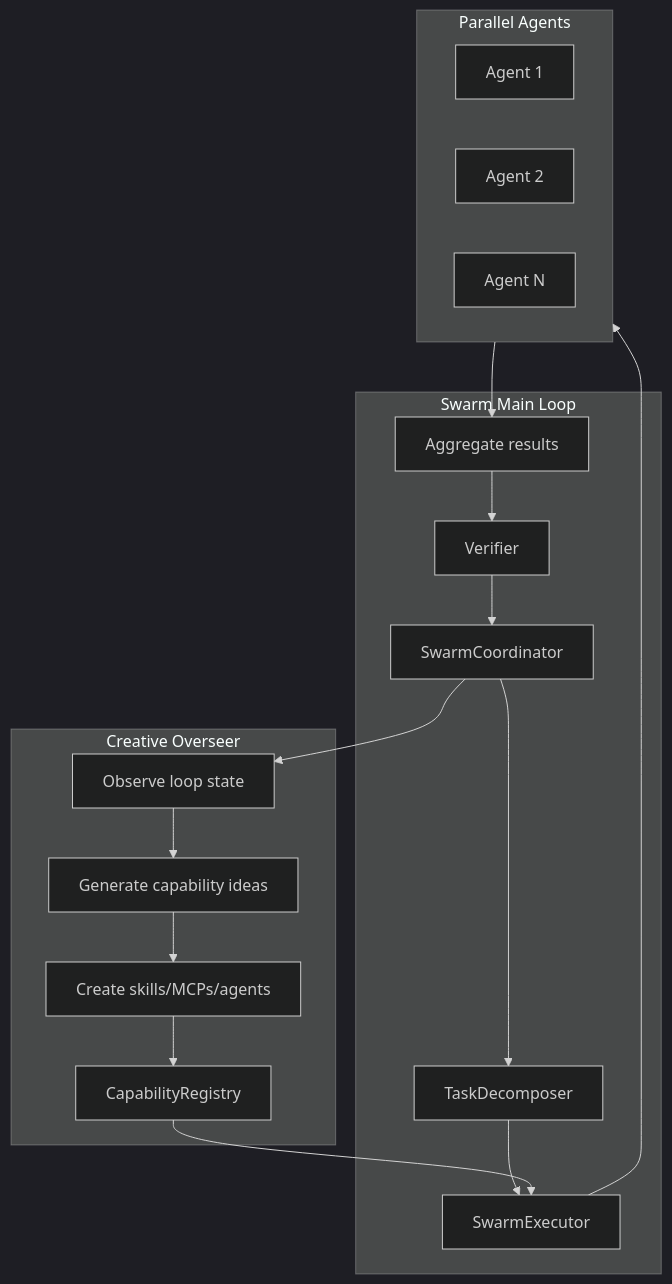
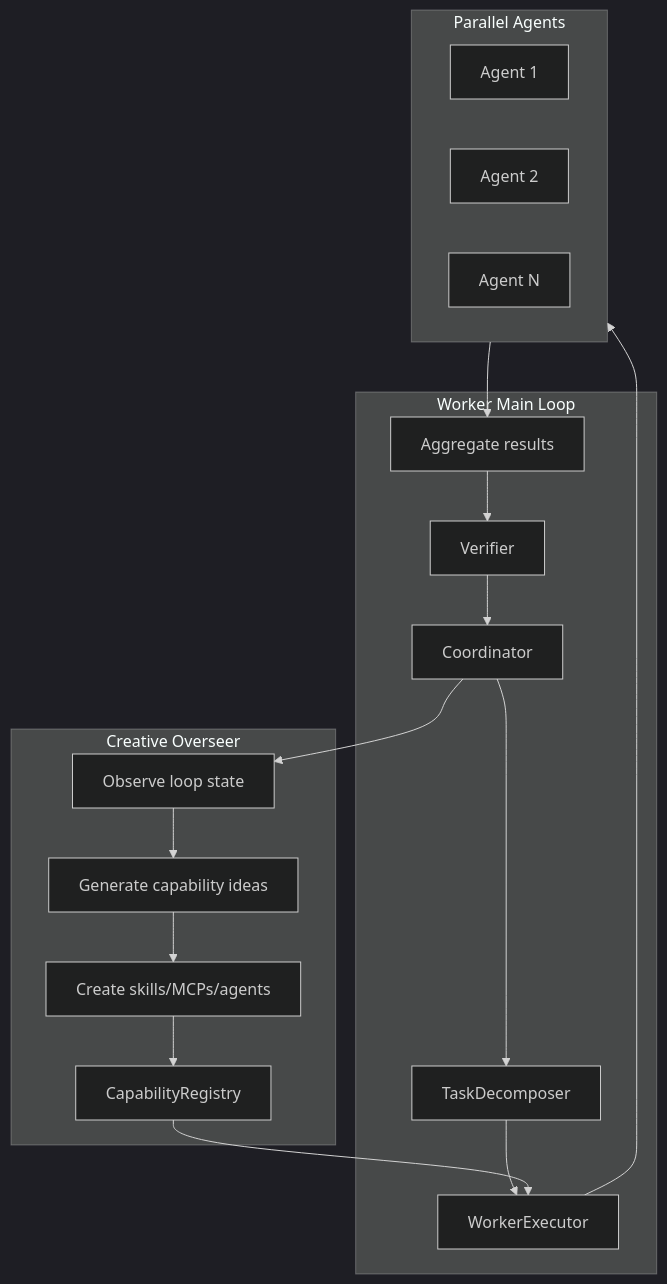
Before and after one commit to perrywinkle1/gogo-gadget: the second of 3 diagrams in README.md, drawn with Mermaid (dark theme). The commit also changed other lines of this file and 4 other files, not shown here.

````diff
--- a/README.md
+++ b/README.md
@@ -94,29 +94,29 @@
 ```mermaid
 flowchart TB
-    subgraph Loop[Swarm Main Loop]
-        Brain[SwarmCoordinator]
+    subgraph Loop[Worker Main Loop]
+        Brain[Coordinator]
         Decompose[TaskDecomposer]
-        Execute[SwarmExecutor]
+        Execute[WorkerExecutor]
         Aggregate[Aggregate results]
         Verify[Verifier]
     end
 
     subgraph Agents[Parallel Agents]
         A1[Agent 1]
         A2[Agent 2]
         A3[Agent N]
     end
 
     subgraph Overseer[Creative Overseer]
         Observe[Observe loop state]
         Brainstorm[Generate capability ideas]
         Synthesize[Create skills/MCPs/agents]
         Register[CapabilityRegistry]
     end
 
     Brain --> Decompose --> Execute --> Agents --> Aggregate --> Verify --> Brain
 
     Brain --> Observe
     Observe --> Brainstorm --> Synthesize --> Register
     Register --> Execute
 ```
````
